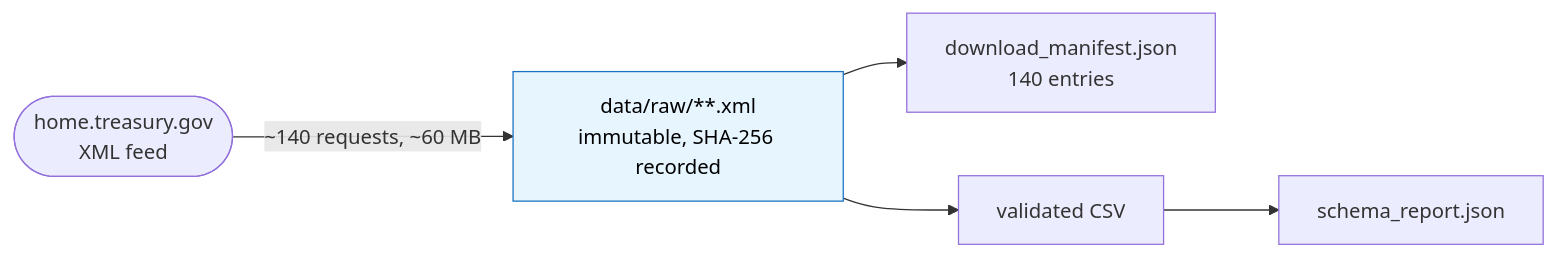
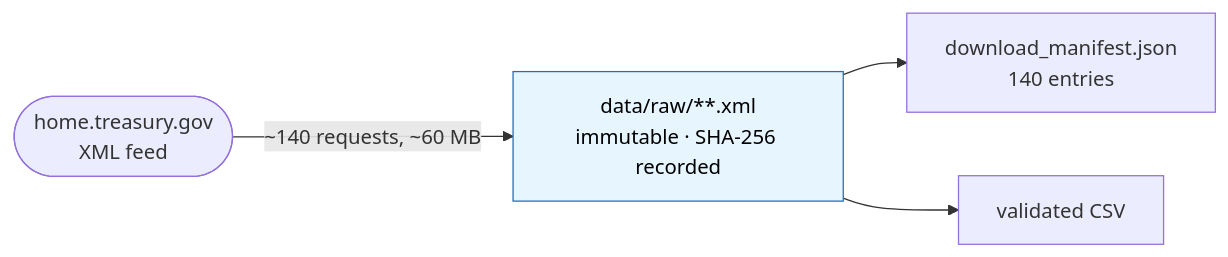
Before and after one commit to KrishnaAnnavaram/semantic-mcp-data-access-gateway: the third of 7 diagrams in README.md, drawn with Mermaid. The commit also changed other lines of this file, not shown here.

First line of the commit message:
docs: complete end-to-end README with high-level and detailed diagrams

````diff
--- a/README.md
+++ b/README.md
@@ -110,15 +263,10 @@
 ```mermaid
 flowchart LR
     T(["home.treasury.gov<br/>XML feed"])
-    RAW["data/raw/**.xml<br/>immutable, SHA-256 recorded"]
+    RAW["data/raw/**.xml<br/>immutable · SHA-256 recorded"]
     MAN["download_manifest.json<br/>140 entries"]
     CSV["validated CSV"]
-    REP["schema_report.json"]
-
-    T -->|"~140 requests, ~60 MB"| RAW
-    RAW --> MAN
+    T -->|"~140 requests, ~60 MB"| RAW --> MAN
     RAW --> CSV
-    CSV --> REP
-
     style RAW fill:#e7f5ff,stroke:#1971c2,color:#000
 ```
````
